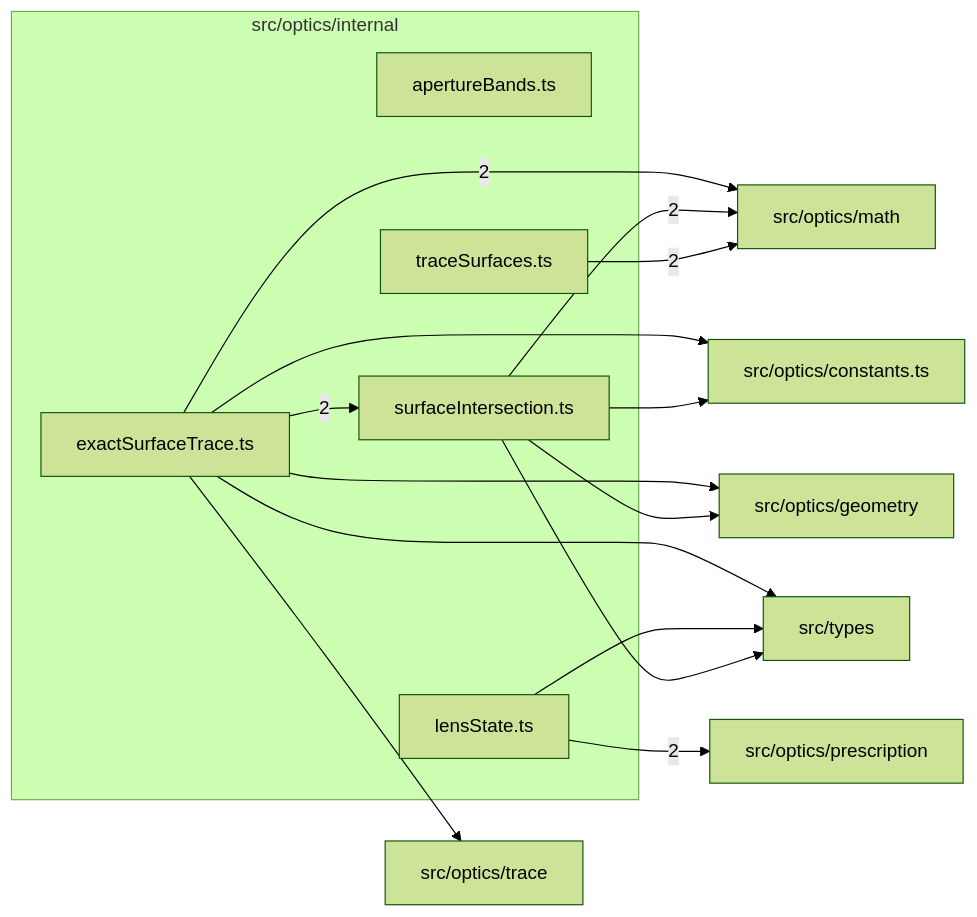
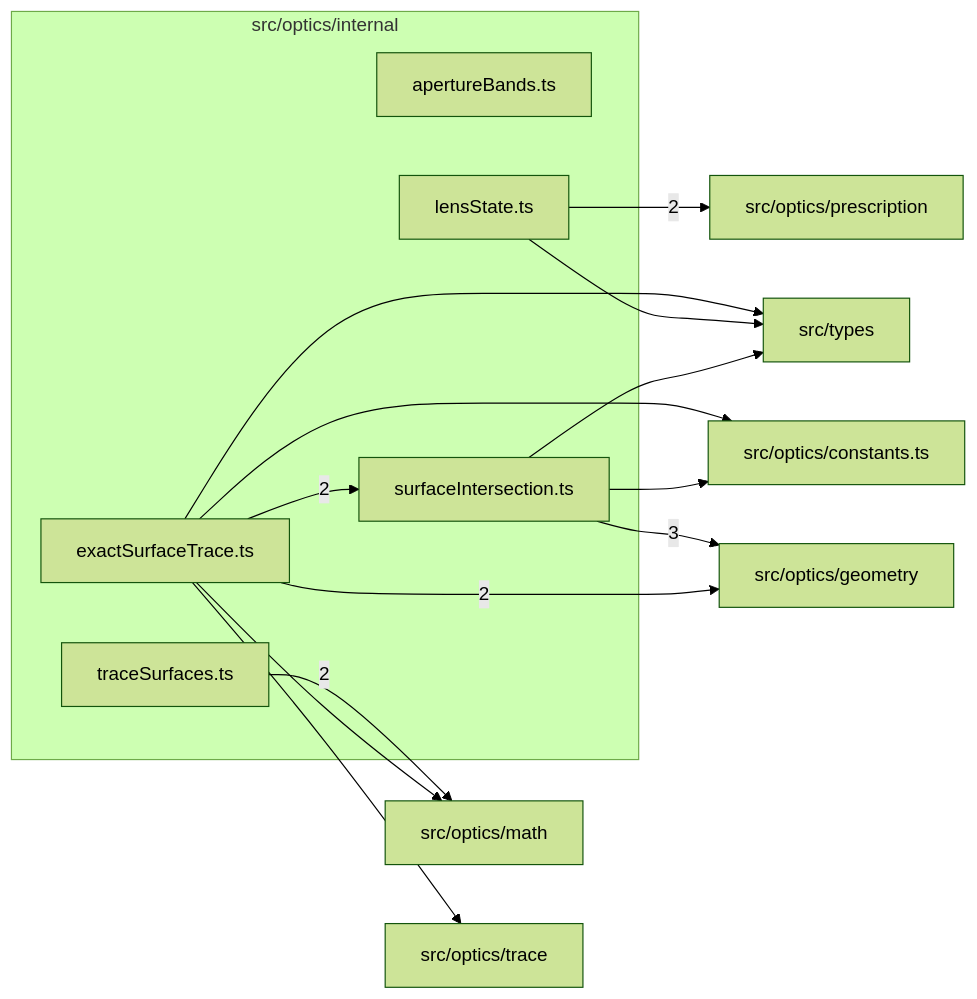
One commit to ronbuening/LensVisualizer changed the diagram in src/optics/internal/readme.md. Above: the diagram before and after it, drawn with Mermaid (forest theme). The commit also changed other lines of this file and 26 other files, not shown here.

First line of the commit message:
S3.P2.T1 Move the intersection kernel into geometry/

````diff
--- a/src/optics/internal/readme.md
+++ b/src/optics/internal/readme.md
@@ -9,29 +9,28 @@
 ```mermaid
 flowchart LR
   subgraph n_src_optics_internal["src/optics/internal"]
     n_src_optics_internal_src_optics_internal_apertureBands_ts["apertureBands.ts"]
     n_src_optics_internal_src_optics_internal_exactSurfaceTrace_ts["exactSurfaceTrace.ts"]
     n_src_optics_internal_src_optics_internal_lensState_ts["lensState.ts"]
     n_src_optics_internal_src_optics_internal_surfaceIntersection_ts["surfaceIntersection.ts"]
     n_src_optics_internal_src_optics_internal_traceSurfaces_ts["traceSurfaces.ts"]
   end
+  n_external_src_optics_geometry["src/optics/geometry"]
   n_external_src_optics_math["src/optics/math"]
   n_external_src_optics_prescription["src/optics/prescription"]
   n_external_src_optics_constants_ts["src/optics/constants.ts"]
-  n_external_src_optics_geometry["src/optics/geometry"]
   n_external_src_optics_trace["src/optics/trace"]
   n_external_src_types["src/types"]
-  n_src_optics_internal_src_optics_internal_exactSurfaceTrace_ts --> |2| n_external_src_optics_math
-  n_src_optics_internal_src_optics_internal_surfaceIntersection_ts --> |2| n_external_src_optics_math
+  n_src_optics_internal_src_optics_internal_surfaceIntersection_ts --> |3| n_external_src_optics_geometry
+  n_src_optics_internal_src_optics_internal_exactSurfaceTrace_ts --> |2| n_external_src_optics_geometry
   n_src_optics_internal_src_optics_internal_traceSurfaces_ts --> |2| n_external_src_optics_math
   n_src_optics_internal_src_optics_internal_lensState_ts --> |2| n_external_src_optics_prescription
   n_src_optics_internal_src_optics_internal_exactSurfaceTrace_ts --> |2| n_src_optics_internal_src_optics_internal_surfaceIntersection_ts
   n_src_optics_internal_src_optics_internal_exactSurfaceTrace_ts --> n_external_src_optics_constants_ts
   n_src_optics_internal_src_optics_internal_surfaceIntersection_ts --> n_external_src_optics_constants_ts
-  n_src_optics_internal_src_optics_internal_exactSurfaceTrace_ts --> n_external_src_optics_geometry
-  n_src_optics_internal_src_optics_internal_surfaceIntersection_ts --> n_external_src_optics_geometry
+  n_src_optics_internal_src_optics_internal_exactSurfaceTrace_ts --> n_external_src_optics_math
   n_src_optics_internal_src_optics_internal_exactSurfaceTrace_ts --> n_external_src_optics_trace
   n_src_optics_internal_src_optics_internal_exactSurfaceTrace_ts --> n_external_src_types
   n_src_optics_internal_src_optics_internal_lensState_ts --> n_external_src_types
   n_src_optics_internal_src_optics_internal_surfaceIntersection_ts --> n_external_src_types
 ```
````
